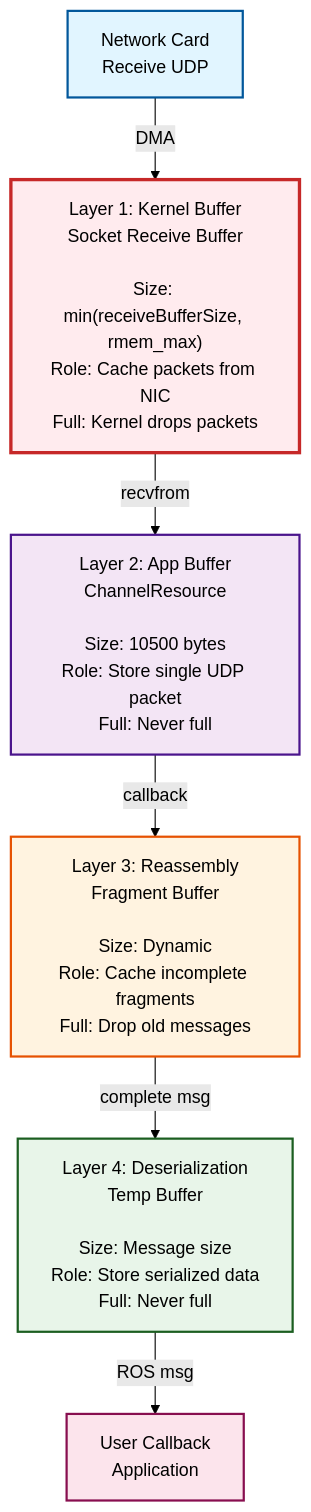
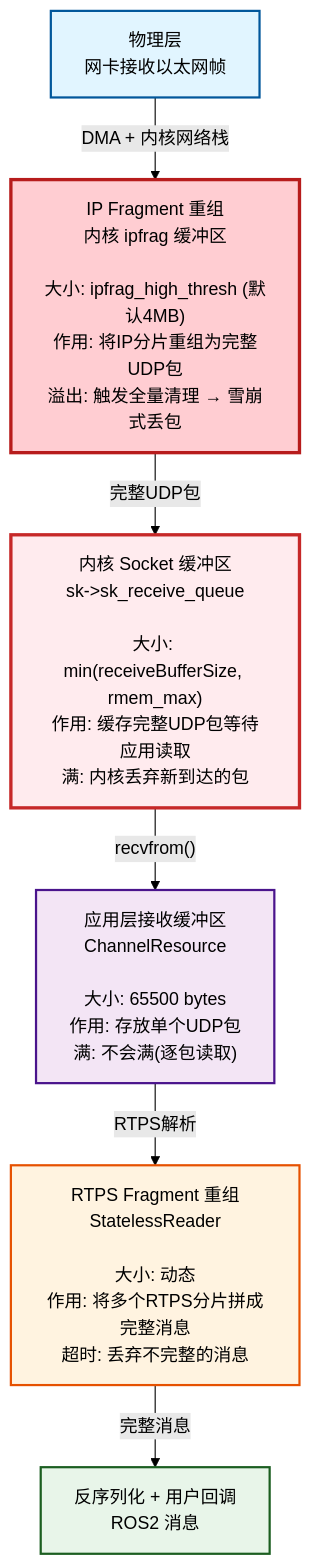
The second of 3 diagrams in ros/ros2/fastdds/docs/fastdds_qanda.md (Ga0aG/strawberry), drawn with Mermaid (forest theme) before and after one commit. The commit also changed other lines of this file, not shown here.

````diff
--- a/ros/ros2/fastdds/docs/fastdds_qanda.md
+++ b/ros/ros2/fastdds/docs/fastdds_qanda.md
@@ -549,27 +371,27 @@
 ```mermaid
 flowchart TD
-    A["Network Card<br/>Receive UDP"]
+    A["物理层<br/>网卡接收以太网帧"]
 
-    B["Layer 1: Kernel Buffer<br/>Socket Receive Buffer<br/><br/>Size: min(receiveBufferSize, rmem_max)<br/>Role: Cache packets from NIC<br/>Full: Kernel drops packets"]
+    B["IP Fragment 重组<br/>内核 ipfrag 缓冲区<br/><br/>大小: ipfrag_high_thresh (默认4MB)<br/>作用: 将IP分片重组为完整UDP包<br/>溢出: 触发全量清理 → 雪崩式丢包"]
 
-    C["Layer 2: App Buffer<br/>ChannelResource<br/><br/>Size: 10500 bytes<br/>Role: Store single UDP packet<br/>Full: Never full"]
+    C["内核 Socket 缓冲区<br/>sk->sk_receive_queue<br/><br/>大小: min(receiveBufferSize, rmem_max)<br/>作用: 缓存完整UDP包等待应用读取<br/>满: 内核丢弃新到达的包"]
 
-    D["Layer 3: Reassembly<br/>Fragment Buffer<br/><br/>Size: Dynamic<br/>Role: Cache incomplete fragments<br/>Full: Drop old messages"]
+    D["应用层接收缓冲区<br/>ChannelResource<br/><br/>大小: 65500 bytes<br/>作用: 存放单个UDP包<br/>满: 不会满(逐包读取)"]
 
-    E["Layer 4: Deserialization<br/>Temp Buffer<br/><br/>Size: Message size<br/>Role: Store serialized data<br/>Full: Never full"]
+    E["RTPS Fragment 重组<br/>StatelessReader<br/><br/>大小: 动态<br/>作用: 将多个RTPS分片拼成完整消息<br/>超时: 丢弃不完整的消息"]
 
-    F["User Callback<br/>Application"]
+    F["反序列化 + 用户回调<br/>ROS2 消息"]
 
-    A -->|DMA| B
-    B -->|recvfrom| C
-    C -->|callback| D
-    D -->|complete msg| E
-    E -->|ROS msg| F
+    A -->|"DMA + 内核网络栈"| B
+    B -->|"完整UDP包"| C
+    C -->|"recvfrom()"| D
+    D -->|"RTPS解析"| E
+    E -->|"完整消息"| F
 
     style A fill:#e1f5ff,stroke:#01579b,stroke-width:2px
-    style B fill:#ffebee,stroke:#c62828,stroke-width:3px
-    style C fill:#f3e5f5,stroke:#4a148c,stroke-width:2px
-    style D fill:#fff3e0,stroke:#e65100,stroke-width:2px
-    style E fill:#e8f5e9,stroke:#1b5e20,stroke-width:2px
-    style F fill:#fce4ec,stroke:#880e4f,stroke-width:2px
+    style B fill:#ffcdd2,stroke:#b71c1c,stroke-width:3px
+    style C fill:#ffebee,stroke:#c62828,stroke-width:3px
+    style D fill:#f3e5f5,stroke:#4a148c,stroke-width:2px
+    style E fill:#fff3e0,stroke:#e65100,stroke-width:2px
+    style F fill:#e8f5e9,stroke:#1b5e20,stroke-width:2px
 ```
````
